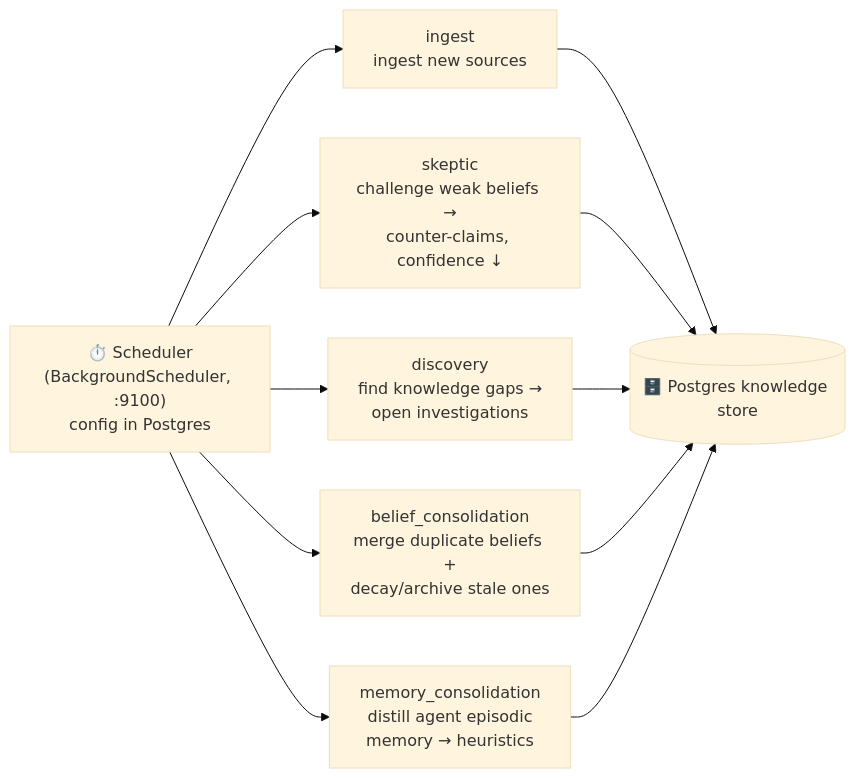
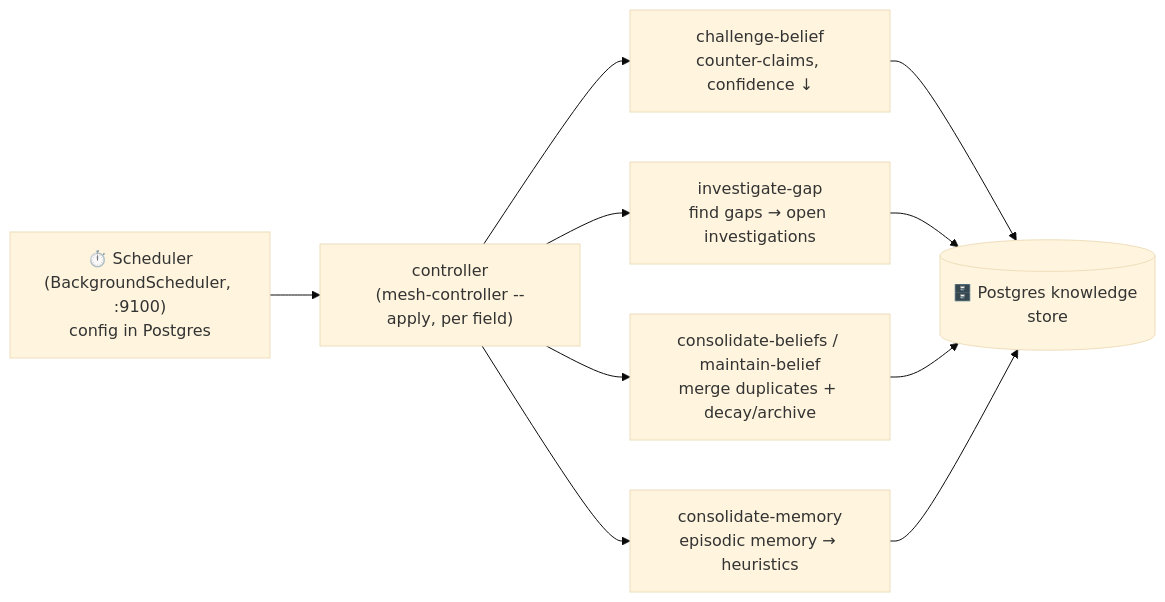
Before and after one commit to bklassen3434/agent-mesh: the second of 2 diagrams in docs/architecture.md, drawn with Mermaid (base theme). The commit also changed other lines of this file and 30 other files, not shown here.

````diff
--- a/docs/architecture.md
+++ b/docs/architecture.md
@@ -70,16 +70,16 @@
 ```mermaid
 flowchart LR
     SCHED["⏱️ Scheduler<br/>(BackgroundScheduler, :9100)<br/>config in Postgres"]
 
-    SCHED --> P["ingest<br/>ingest new sources"]
-    SCHED --> SK["skeptic<br/>challenge weak beliefs →<br/>counter-claims, confidence ↓"]
-    SCHED --> DISC["discovery<br/>find knowledge gaps →<br/>open investigations"]
-    SCHED --> BC["belief_consolidation<br/>merge duplicate beliefs +<br/>decay/archive stale ones"]
-    SCHED --> CON["memory_consolidation<br/>distill agent episodic<br/>memory → heuristics"]
+    SCHED --> CTRL["controller<br/>(mesh-controller --apply, per field)"]
 
-    P --> DB[("🗄️ Postgres knowledge store")]
-    SK --> DB
-    DISC --> DB
-    BC --> DB
-    CON --> DB
+    CTRL --> R1["challenge-belief<br/>counter-claims, confidence ↓"]
+    CTRL --> R2["investigate-gap<br/>find gaps → open investigations"]
+    CTRL --> R3["consolidate-beliefs / maintain-belief<br/>merge duplicates + decay/archive"]
+    CTRL --> R4["consolidate-memory<br/>episodic memory → heuristics"]
+
+    R1 --> DB[("🗄️ Postgres knowledge store")]
+    R2 --> DB
+    R3 --> DB
+    R4 --> DB
 ```
````
